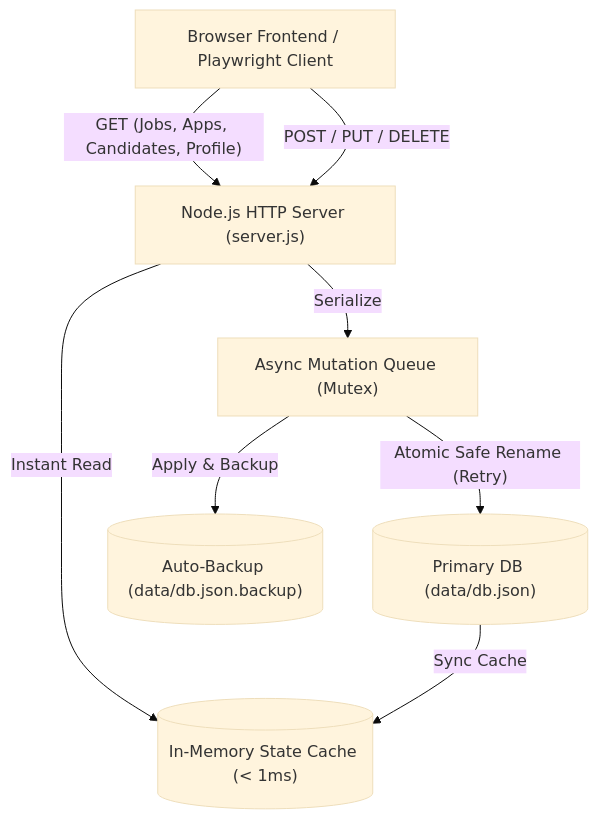
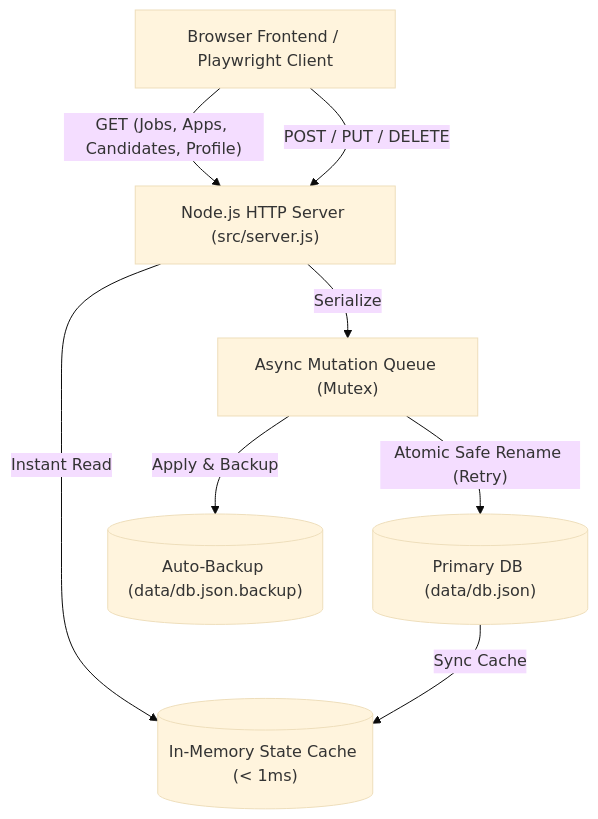
The diagram in .agents/skills/backend-data-agent/SKILL.md (StraySun/Buddie), drawn with Mermaid (base theme) before and after one commit. The commit also changed other lines of this file and 50 other files, not shown here.

````diff
--- a/.agents/skills/backend-data-agent/SKILL.md
+++ b/.agents/skills/backend-data-agent/SKILL.md
@@ -24,17 +24,17 @@
 ```mermaid
 flowchart TD
     Client["Browser Frontend / Playwright Client"]
-    Server["Node.js HTTP Server (server.js)"]
+    Server["Node.js HTTP Server (src/server.js)"]
     Memory[("In-Memory State Cache (< 1ms)")]
     Queue["Async Mutation Queue (Mutex)"]
     DB[("Primary DB (data/db.json)")]
     Backup[("Auto-Backup (data/db.json.backup)")]
 
     Client -->|"GET (Jobs, Apps, Candidates, Profile)"| Server
     Server -->|"Instant Read"| Memory
     Client -->|"POST / PUT / DELETE"| Server
     Server -->|"Serialize"| Queue
     Queue -->|"Apply & Backup"| Backup
     Queue -->|"Atomic Safe Rename (Retry)"| DB
     DB -->|"Sync Cache"| Memory
 ```
````
